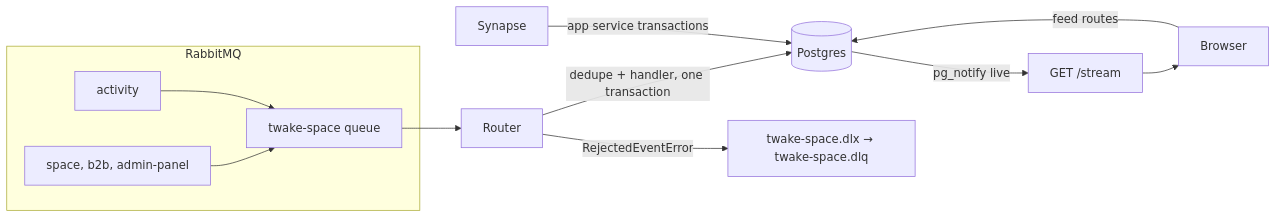
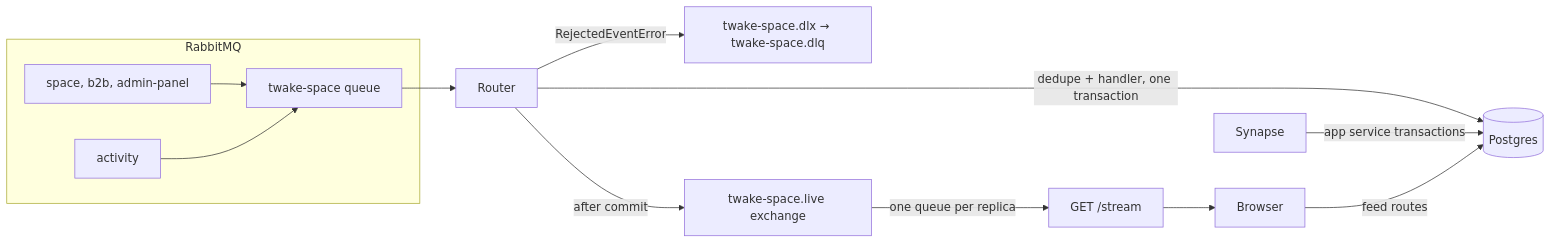
Before and after one commit to linagora/twake-space: the first of 5 diagrams in docs/events.md, drawn with Mermaid. The commit also changed other lines of this file and 16 other files, not shown here.

First line of the commit message:
feat(backend): send live updates over RabbitMQ instead of Postgres NOTIFY

````diff
--- a/docs/events.md
+++ b/docs/events.md
@@ -16,17 +16,18 @@
 ```mermaid
 flowchart LR
   subgraph RabbitMQ
     P["space, b2b, admin-panel"]
     A[activity]
     Q[twake-space queue]
   end
   P --> Q
   A --> Q
   Q --> R[Router]
   R -->|dedupe + handler, one transaction| PG[(Postgres)]
   R -->|RejectedEventError| DLQ["twake-space.dlx → twake-space.dlq"]
-  PG -->|pg_notify live| SSE[GET /stream]
+  R -->|after commit| L[twake-space.live exchange]
+  L -->|one queue per replica| SSE[GET /stream]
   MX[Synapse] -->|app service transactions| PG
   SSE --> B[Browser]
   B -->|feed routes| PG
 ```
````
